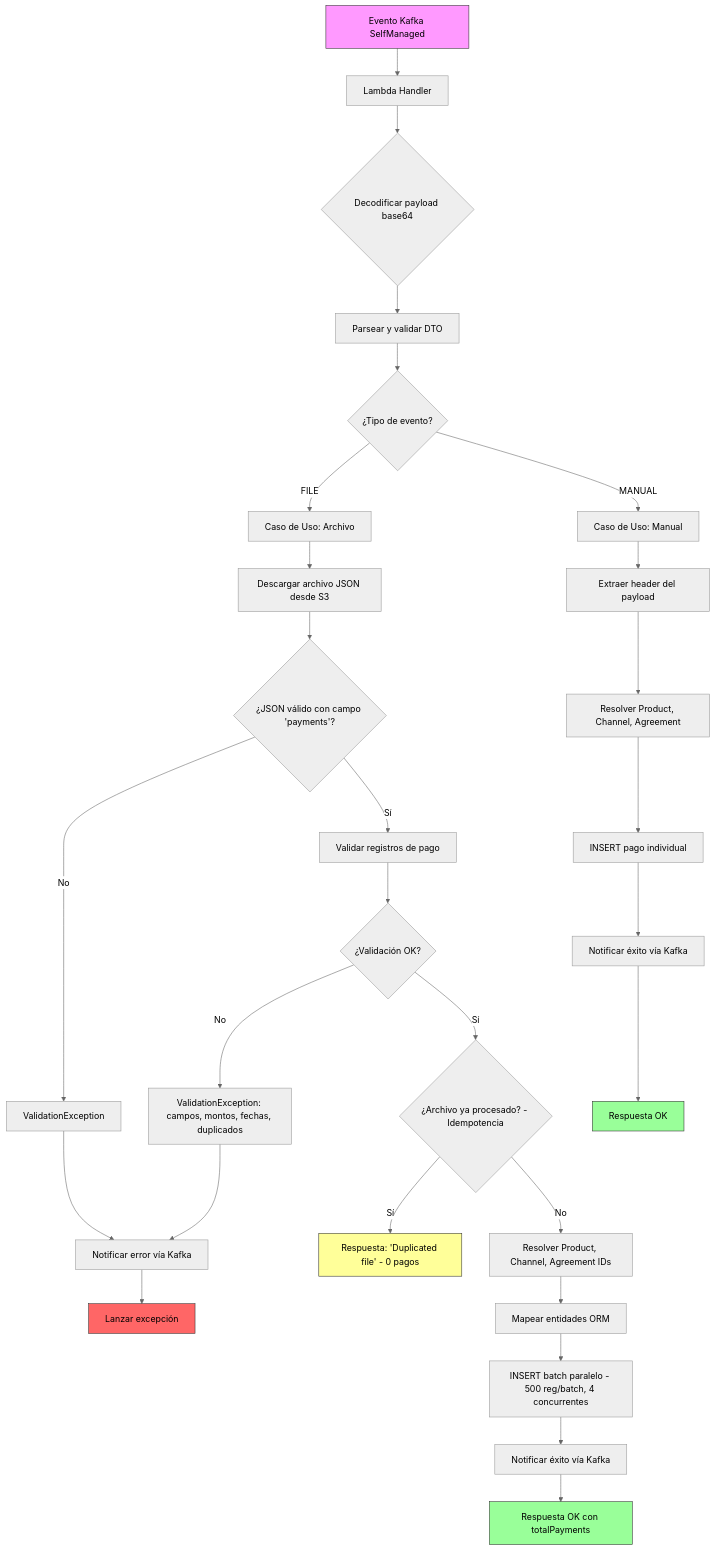
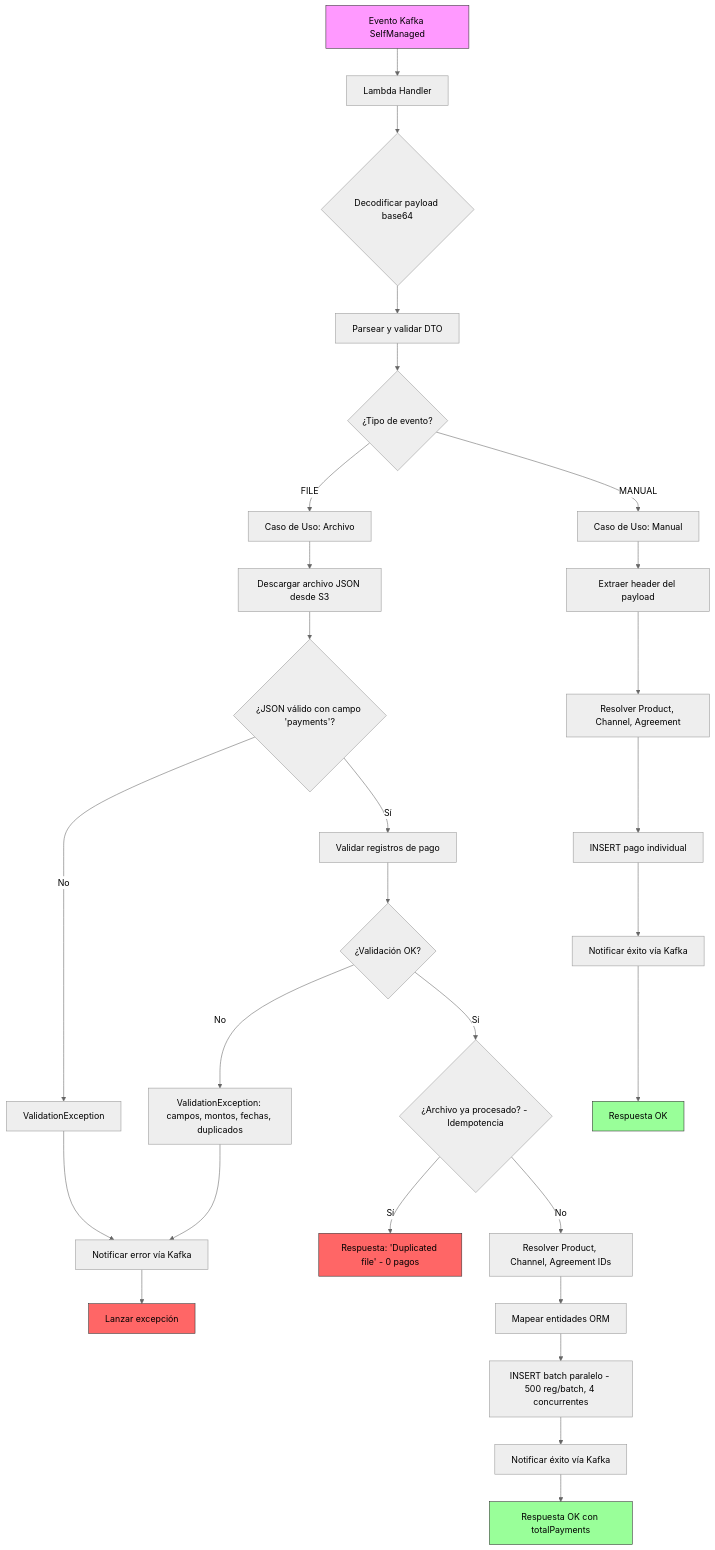
The diagram in file.md (Repomrks/test), drawn with Mermaid (neutral theme) before and after one commit.

````diff
--- a/file.md
+++ b/file.md
@@ -1,43 +1,43 @@
 ```mermaid
 flowchart TD
     A[Evento Kafka SelfManaged] --> B[Lambda Handler]
     B --> C{Decodificar payload base64}
     C --> D[Parsear y validar DTO]
     D --> E{¿Tipo de evento?}
     
     E -->|FILE| F[Caso de Uso: Archivo]
     E -->|MANUAL| G[Caso de Uso: Manual]
     
     F --> F1[Descargar archivo JSON desde S3]
     F1 --> F2{¿JSON válido con campo 'payments'?}
     F2 -->|No| ERR1[ValidationException]
     F2 -->|Sí| F3[Validar registros de pago]
     
     F3 --> F4{¿Validación OK?}
     F4 -->|No| ERR2[ValidationException: campos, montos, fechas, duplicados]
     F4 -->|Sí| F5{¿Archivo ya procesado? - Idempotencia}
     
     F5 -->|Sí| F6[Respuesta: 'Duplicated file' - 0 pagos]
     F5 -->|No| F7[Resolver Product, Channel, Agreement IDs]
     
     F7 --> F8[Mapear entidades ORM]
     F8 --> F9[INSERT batch paralelo - 500 reg/batch, 4 concurrentes]
     F9 --> F10[Notificar éxito vía Kafka]
     F10 --> F11[Respuesta OK con totalPayments]
     
     G --> G1[Extraer header del payload]
     G1 --> G2[Resolver Product, Channel, Agreement]
     G2 --> G3[INSERT pago individual]
     G3 --> G4[Notificar éxito vía Kafka]
     G4 --> G5[Respuesta OK]
     
     ERR1 --> NOTIFY_ERR[Notificar error vía Kafka]
     ERR2 --> NOTIFY_ERR
     NOTIFY_ERR --> THROW[Lanzar excepción]
     
     style A fill:#f9f,stroke:#333
-    style F6 fill:#ff9,stroke:#333
+    style F6 fill:#f66,stroke:#333
     style F11 fill:#9f9,stroke:#333
     style G5 fill:#9f9,stroke:#333
     style THROW fill:#f66,stroke:#333
 ```
````
